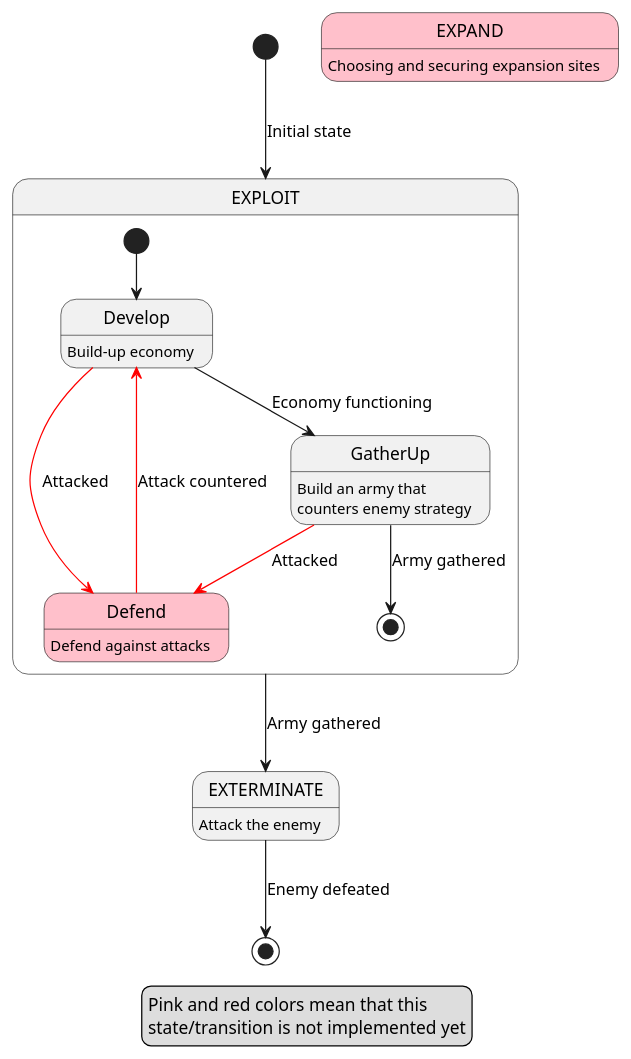
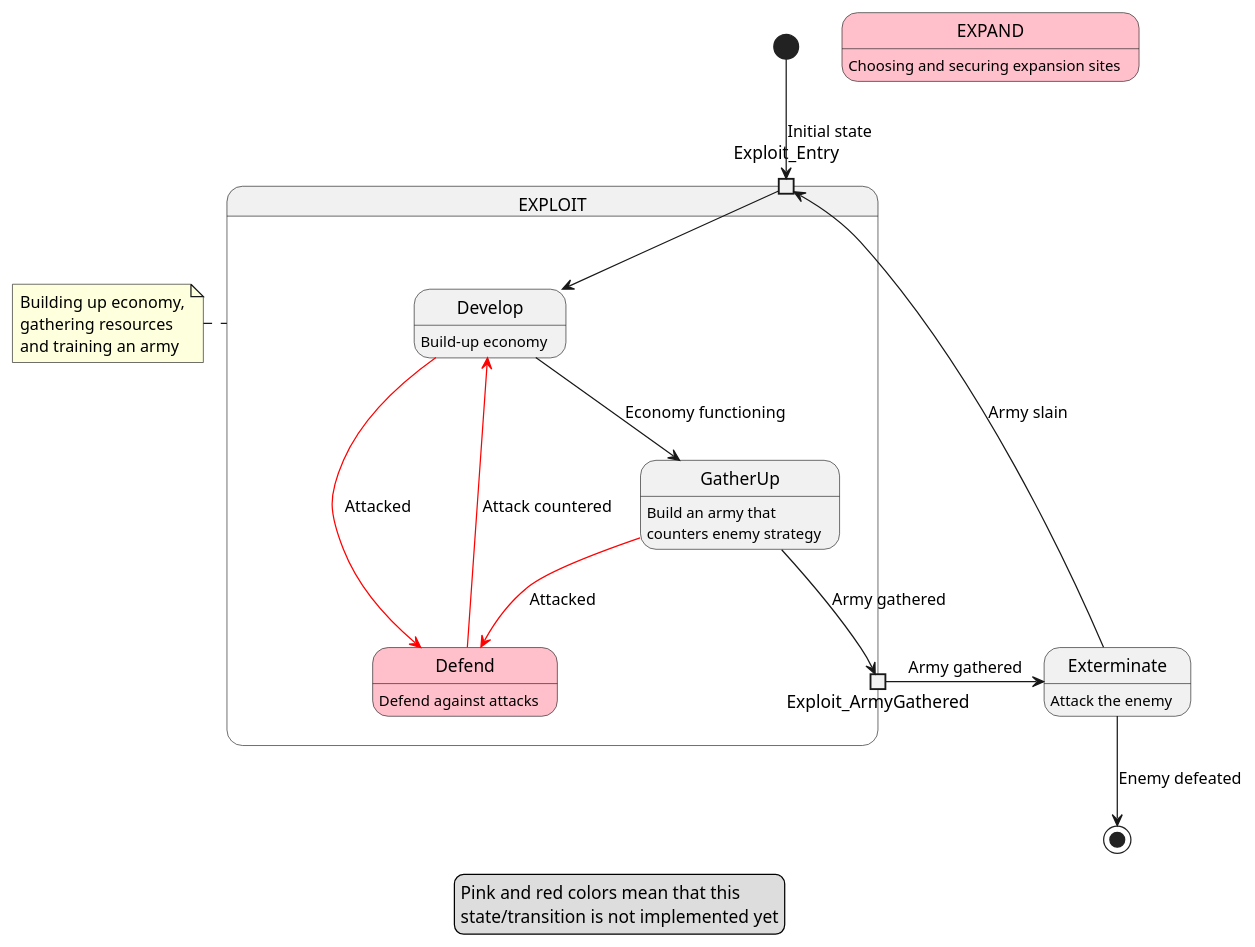
One commit to dikys/HordeScripts changed the diagram in Scripts/Mira/Docs/SettlementControllerStates.puml. Above: the diagram before and after it, drawn with PlantUML. The commit also changed 5 other files, not shown here.

Commit message:
Add training controller and initial version of strategy controller

```diff
--- a/Scripts/Mira/Docs/SettlementControllerStates.puml
+++ b/Scripts/Mira/Docs/SettlementControllerStates.puml
@@ -1,31 +1,40 @@
 @startuml controller states
 
 state EXPLOIT {
     state Develop: Build-up economy
     state Defend #pink: Defend against attacks
     state GatherUp: Build an army that\ncounters enemy strategy
 
-    [*] --> Develop
+    state Exploit_Entry <<inputPin>>
+    Exploit_Entry --> Develop
     Develop -[#Red]-> Defend: Attacked
     Defend -[#Red]-> Develop: Attack countered
     GatherUp -[#Red]-> Defend: Attacked
     
     Develop --> GatherUp: Economy functioning
-    GatherUp --> [*]: Army gathered
-} 
+    GatherUp -down-> Exploit_ArmyGathered <<outputPin>>: Army gathered
+}
+
+note left of EXPLOIT
+Building up economy,
+gathering resources 
+and training an army
+end note
 
 state EXPAND #pink: Choosing and securing expansion sites
+state Exterminate: Attack the enemy
 
-state EXTERMINATE: Attack the enemy
+[*] -down-> Exploit_Entry: Initial state
 
-EXPLOIT --> EXTERMINATE: Army gathered
-EXTERMINATE --> [*]: Enemy defeated
+Exploit_ArmyGathered -right-> Exterminate: Army gathered
 
-[*] --> EXPLOIT: Initial state
+Exterminate --> [*]: Enemy defeated
+Exterminate --> Exploit_Entry: Army slain
+
 
 legend
 Pink and red colors mean that this 
 state/transition is not implemented yet
 endlegend
 
 @enduml
```
